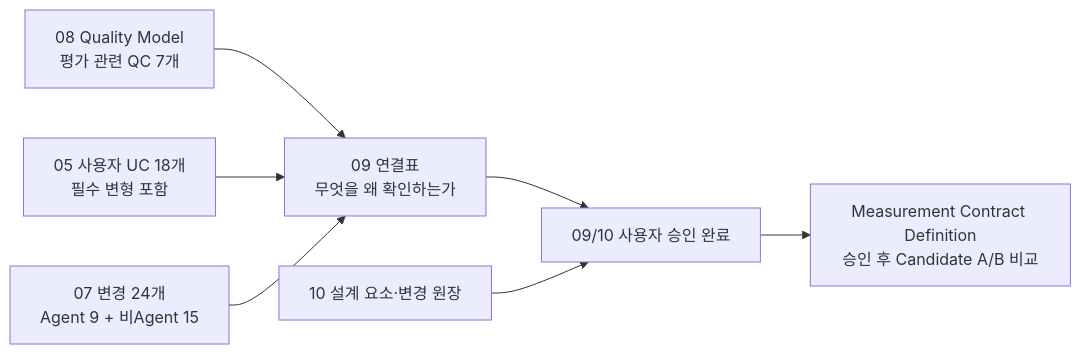
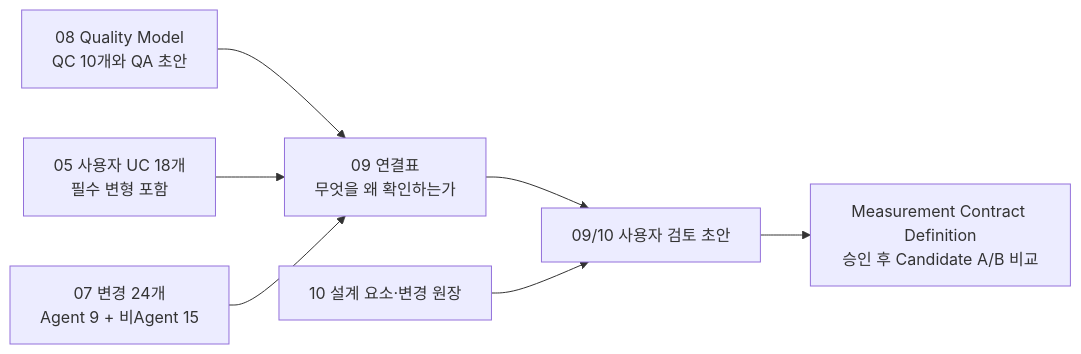
The diagram in docs/architecture/09-traceability.md (cbyche/via-sw-architecture), drawn with Mermaid before and after one commit. The commit also changed other lines of this file and 46 other files, not shown here.

````diff
--- a/docs/architecture/09-traceability.md
+++ b/docs/architecture/09-traceability.md
@@ -20,16 +20,16 @@
 ```mermaid
 flowchart LR
-    Q["08 Quality Model<br/>평가 관련 QC 7개"]
+    Q["08 Quality Model<br/>QC 10개와 QA 초안"]
     U["05 사용자 UC 18개<br/>필수 변형 포함"]
     X["07 변경 24개<br/>Agent 9 + 비Agent 15"]
     T["09 연결표<br/>무엇을 왜 확인하는가"]
     E["10 설계 요소·변경 원장"]
-    R["09/10 사용자 승인 완료"]
+    R["09/10 사용자 검토 초안"]
     NEXT["Measurement Contract Definition<br/>승인 후 Candidate A/B 비교"]
     Q --> T
     U --> T
     X --> T
     T --> R
     E --> R
     R --> NEXT
 ```
````
